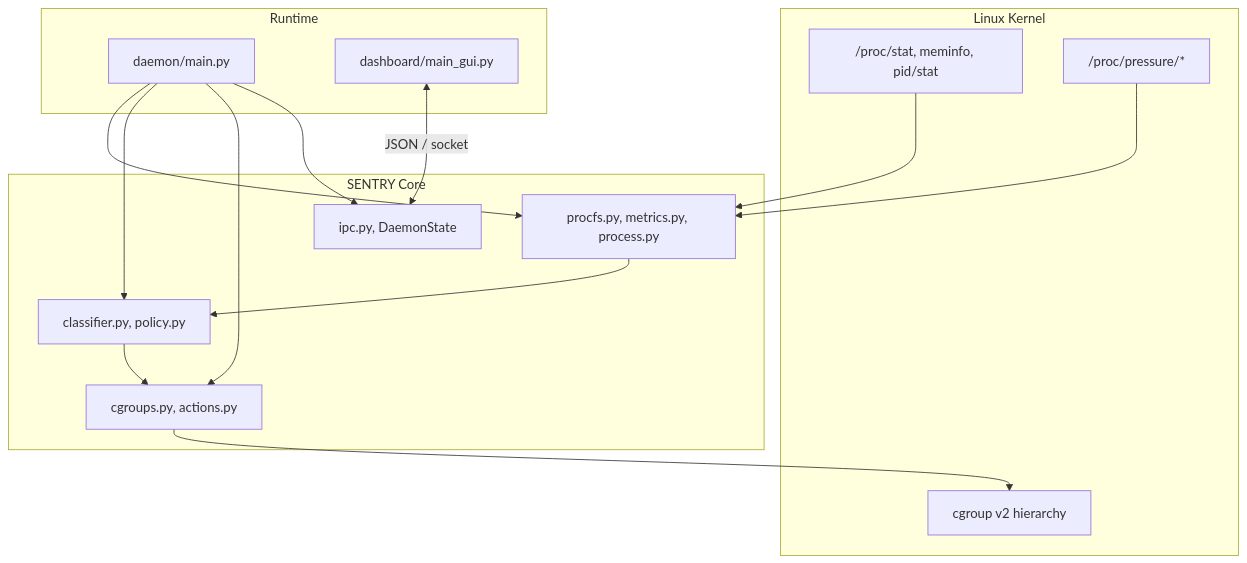
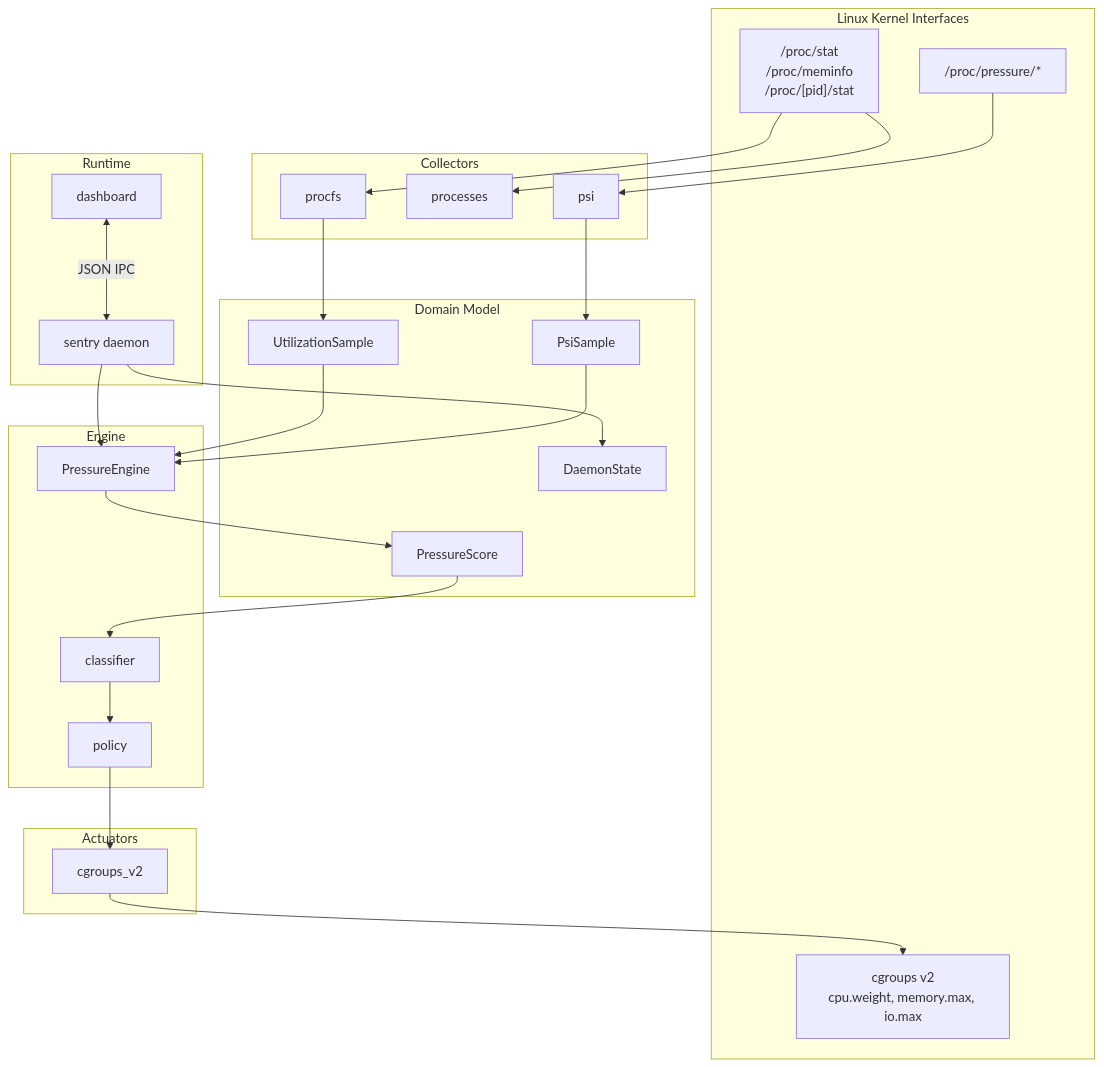
Before and after one commit to apexajay-rc/SENTRY: the second of 3 diagrams in README.md, drawn with Mermaid. The commit also changed other lines of this file and 877 other files, not shown here.

````diff
--- a/README.md
+++ b/README.md
@@ -65,31 +106,52 @@
 ```mermaid
 flowchart TB
-    subgraph KERNEL["Linux Kernel"]
-        PROC["/proc/stat, meminfo, pid/stat"]
+    subgraph Kernel["Linux Kernel Interfaces"]
+        PROC["/proc/stat<br/>/proc/meminfo<br/>/proc/[pid]/stat"]
         PSI["/proc/pressure/*"]
-        CG["cgroup v2 hierarchy"]
+        CGROUP["cgroups v2<br/>cpu.weight, memory.max, io.max"]
     end
 
-    subgraph CORE["SENTRY Core"]
-        SENSE["procfs.py, metrics.py, process.py"]
-        REASON["classifier.py, policy.py"]
-        ACT["cgroups.py, actions.py"]
-        IPCNODE["ipc.py, DaemonState"]
+    subgraph Collectors["Collectors"]
+        CPROC["procfs"]
+        CPROC2["processes"]
+        CPSI["psi"]
     end
 
-    subgraph RUNTIME["Runtime"]
-        DAEMON["daemon/main.py"]
-        DASH["dashboard/main_gui.py"]
+    subgraph Model["Domain Model"]
+        MUTIL["UtilizationSample"]
+        MPSI["PsiSample"]
+        MSCORE["PressureScore"]
+        MSTATE["DaemonState"]
     end
 
-    PROC --> SENSE
-    PSI --> SENSE
-    SENSE --> REASON
-    REASON --> ACT
-    ACT --> CG
-    DAEMON --> SENSE
-    DAEMON --> REASON
-    DAEMON --> ACT
-    DAEMON --> IPCNODE
-    DASH <-->|"JSON / socket"| IPCNODE
+    subgraph Engine["Engine"]
+        PRESSURE["PressureEngine"]
+        CLASSIFY["classifier"]
+        POLICY["policy"]
+    end
+
+    subgraph Actuators["Actuators"]
+        ACTCG["cgroups_v2"]
+    end
+
+    subgraph Runtime["Runtime"]
+        DAEMON["sentry daemon"]
+        DASH["dashboard"]
+    end
+
+    PROC --> CPROC
+    PROC --> CPROC2
+    PSI --> CPSI
+    CPROC --> MUTIL
+    CPSI --> MPSI
+    MUTIL --> PRESSURE
+    MPSI --> PRESSURE
+    PRESSURE --> MSCORE
+    MSCORE --> CLASSIFY
+    CLASSIFY --> POLICY
+    POLICY --> ACTCG
+    ACTCG --> CGROUP
+    DAEMON --> PRESSURE
+    DAEMON --> MSTATE
+    DASH <-->|"JSON IPC"| DAEMON
 ```
````
